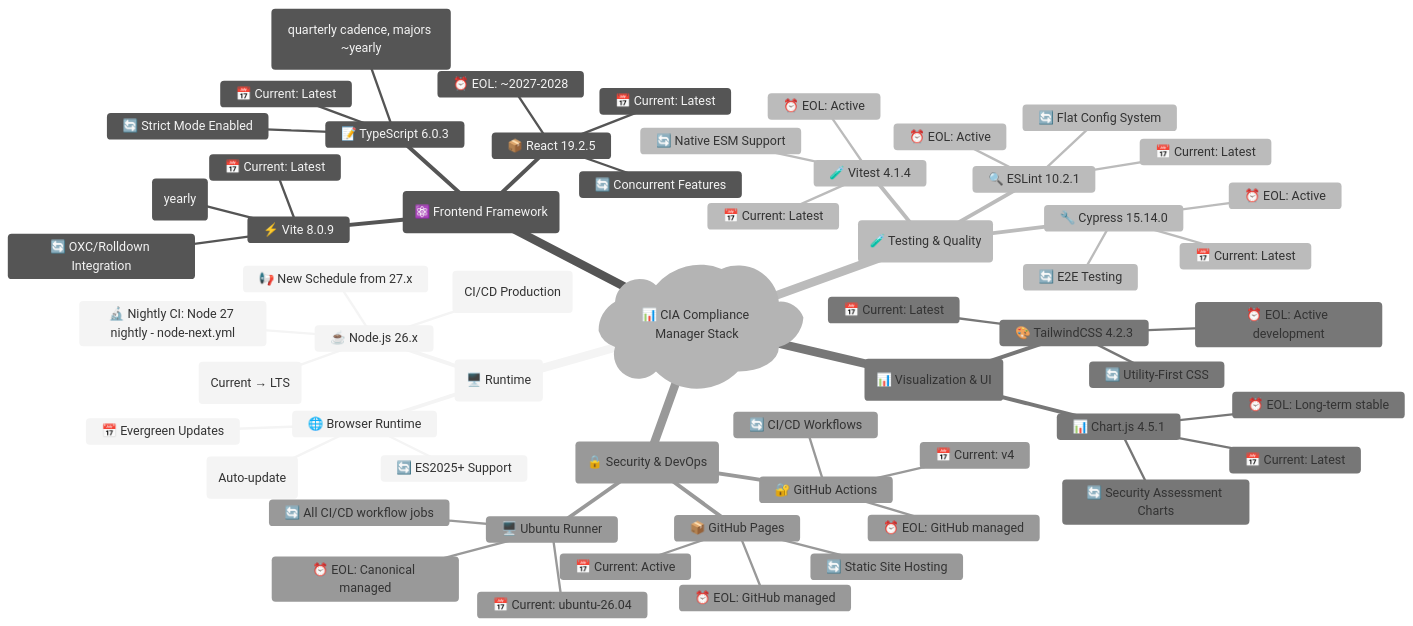
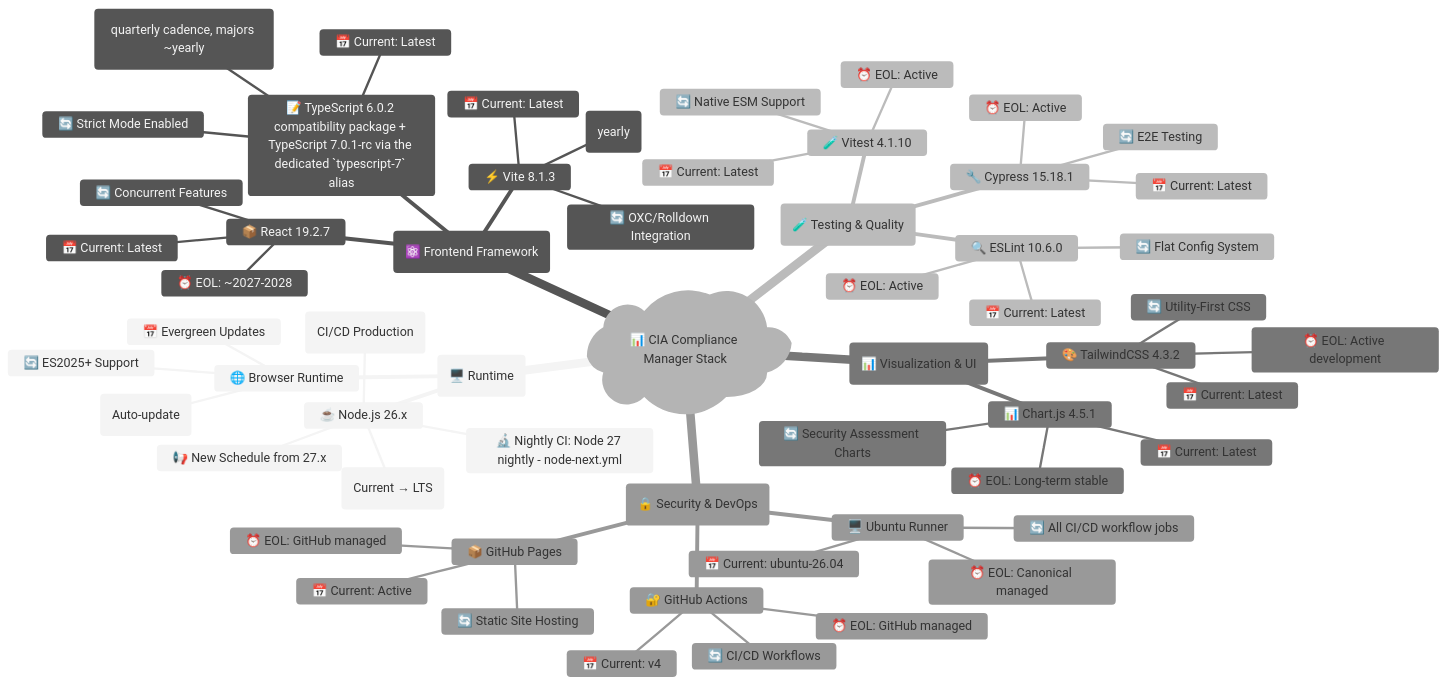
One commit to step-security-bot/cia-compliance-manager changed the first of 9 diagrams in docs/End-of-Life-Strategy.md. Above: the diagram before and after it, drawn with Mermaid. The commit also changed other lines of this file and 3 other files, not shown here.

First line of the commit message:
build: adopt TypeScript 7 RC with TypeScript 6 compatibility (#1305)

````diff
--- a/docs/End-of-Life-Strategy.md
+++ b/docs/End-of-Life-Strategy.md
@@ -51,63 +51,63 @@
 ```mermaid
 %%{init: {"theme": "neutral"}}%%
 mindmap
   root)📊 CIA Compliance Manager Stack(
     (🖥️ Runtime)
       ☕ Node.js 26.x
         📅 Current: 26.x (CI/CD Production)
         ⏰ Node 26 LTS: Oct 2026 (Current → LTS)
         🔬 Nightly CI: Node 27 nightly - node-next.yml
         📢 New Schedule from 27.x
       🌐 Browser Runtime
         📅 Evergreen Updates
         ⏰ EOL: N/A (Auto-update)
         🔄 ES2025+ Support
     (⚛️ Frontend Framework)
-      📦 React 19.2.5
+      📦 React 19.2.7
         📅 Current: Latest
         ⏰ EOL: ~2027-2028
         🔄 Concurrent Features
-      📝 TypeScript 6.0.3
+      📝 TypeScript 6.0.2 compatibility package + TypeScript 7.0.1-rc via the dedicated `typescript-7` alias
         📅 Current: Latest
         ⏰ EOL: Active (quarterly cadence, majors ~yearly)
         🔄 Strict Mode Enabled
-      ⚡ Vite 8.0.9
+      ⚡ Vite 8.1.3
         📅 Current: Latest
         ⏰ EOL: Active (yearly)
         🔄 OXC/Rolldown Integration
     (🧪 Testing & Quality)
-      🧪 Vitest 4.1.4
+      🧪 Vitest 4.1.10
         📅 Current: Latest
         ⏰ EOL: Active
         🔄 Native ESM Support
-      🔧 Cypress 15.14.0
+      🔧 Cypress 15.18.1
         📅 Current: Latest
         ⏰ EOL: Active
         🔄 E2E Testing
-      🔍 ESLint 10.2.1
+      🔍 ESLint 10.6.0
         📅 Current: Latest
         ⏰ EOL: Active
         🔄 Flat Config System
     (📊 Visualization & UI)
       📊 Chart.js 4.5.1
         📅 Current: Latest
         ⏰ EOL: Long-term stable
         🔄 Security Assessment Charts
-      🎨 TailwindCSS 4.2.3
+      🎨 TailwindCSS 4.3.2
         📅 Current: Latest
         ⏰ EOL: Active development
         🔄 Utility-First CSS
     (🔒 Security & DevOps)
       🔐 GitHub Actions
         📅 Current: v4
         ⏰ EOL: GitHub managed
         🔄 CI/CD Workflows
       🖥️ Ubuntu Runner
         📅 Current: ubuntu-26.04
         ⏰ EOL: Canonical managed
         🔄 All CI/CD workflow jobs
       📦 GitHub Pages
         📅 Current: Active
         ⏰ EOL: GitHub managed
         🔄 Static Site Hosting
 ```
````
